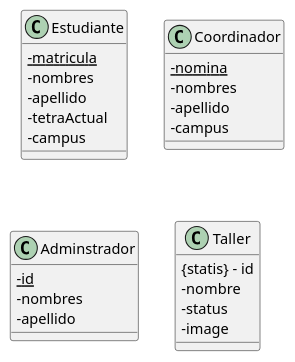
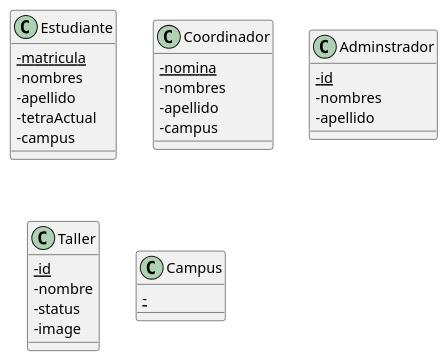
The diagram in Reto/Base de datos.md (facund015/codeRelatedObsidianNotes), drawn with PlantUML before and after one commit. The commit also changed 1 other file, not shown here.

Commit message:
vault backup: 2021-10-12 12:11:02

````diff
--- a/Reto/Base de datos.md
+++ b/Reto/Base de datos.md
@@ -2,33 +2,37 @@
 ```plantuml
 @startuml
 skinparam classAttributeIconSize 0
 class Estudiante {
 	{static} -matricula
 	-nombres
 	-apellido
 	-tetraActual
 	-campus
 }
 
 class Coordinador {
 	{static} -nomina
 	-nombres
 	-apellido
 	-campus
 }
 
 class Adminstrador {
 	{static} -id
 	-nombres
 	-apellido
 }
 
 class Taller {
-    {statis} - id 
+    {static} - id 
     - nombre
     - status
     - image
 }
 
+class Campus {
+	{static} - 
+}
+
 @enduml
 ```
````
